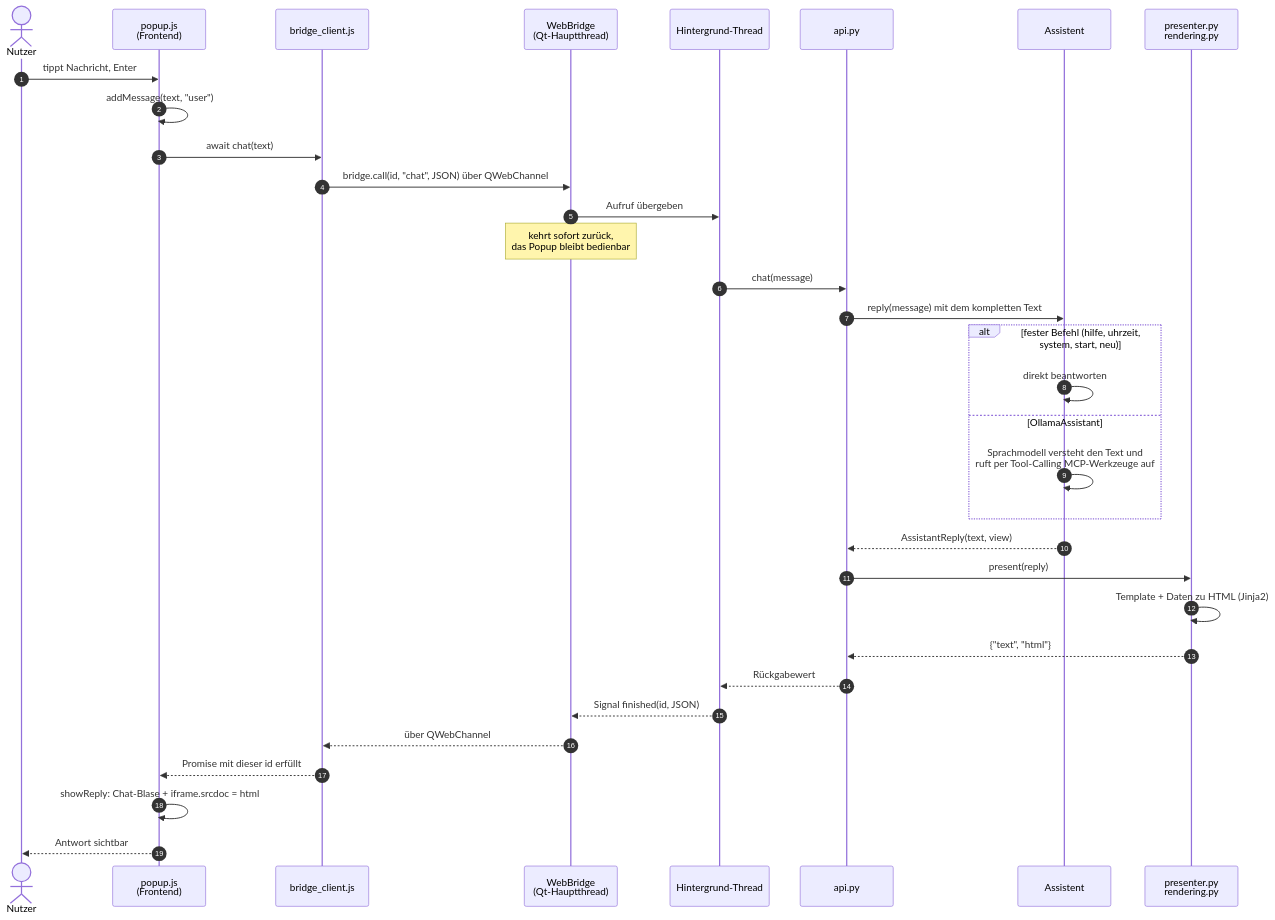
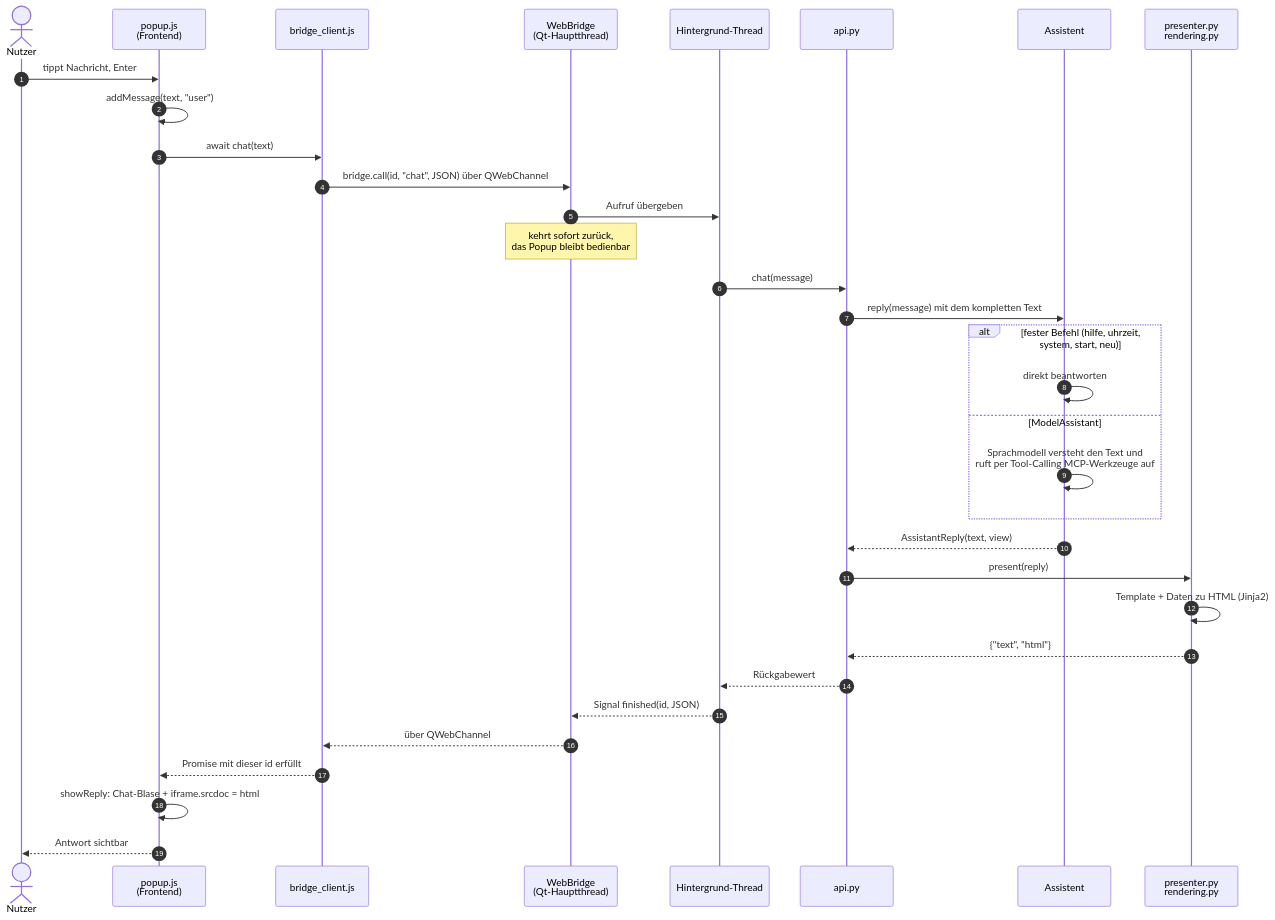
The diagram in ARCHITEKTUR.md (adiiii789/SWE_II_PDA), drawn with Mermaid before and after one commit. The commit also changed other lines of this file and 14 other files, not shown here.

````diff
--- a/ARCHITEKTUR.md
+++ b/ARCHITEKTUR.md
@@ -362,36 +364,36 @@
 ```mermaid
 sequenceDiagram
     autonumber
     actor U as Nutzer
     participant JS as popup.js<br/>(Frontend)
     participant BC as bridge_client.js
     participant WB as WebBridge<br/>(Qt-Hauptthread)
     participant T as Hintergrund-Thread
     participant API as api.py
     participant A as Assistent
     participant P as presenter.py<br/>rendering.py
 
     U->>JS: tippt Nachricht, Enter
     JS->>JS: addMessage(text, "user")
     JS->>BC: await chat(text)
     BC->>WB: bridge.call(id, "chat", JSON) über QWebChannel
     WB->>T: Aufruf übergeben
     Note over WB: kehrt sofort zurück,<br/>das Popup bleibt bedienbar
     T->>API: chat(message)
     API->>A: reply(message) mit dem kompletten Text
     alt fester Befehl (hilfe, uhrzeit, system, start, neu)
         A->>A: direkt beantworten
-    else OllamaAssistant
+    else ModelAssistant
         A->>A: Sprachmodell versteht den Text und<br/>ruft per Tool-Calling MCP-Werkzeuge auf
     end
     A-->>API: AssistantReply(text, view)
     API->>P: present(reply)
     P->>P: Template + Daten zu HTML (Jinja2)
     P-->>API: {"text", "html"}
     API-->>T: Rückgabewert
     T-->>WB: Signal finished(id, JSON)
     WB-->>BC: über QWebChannel
     BC-->>JS: Promise mit dieser id erfüllt
     JS->>JS: showReply: Chat-Blase + iframe.srcdoc = html
     JS-->>U: Antwort sichtbar
 ```
````
